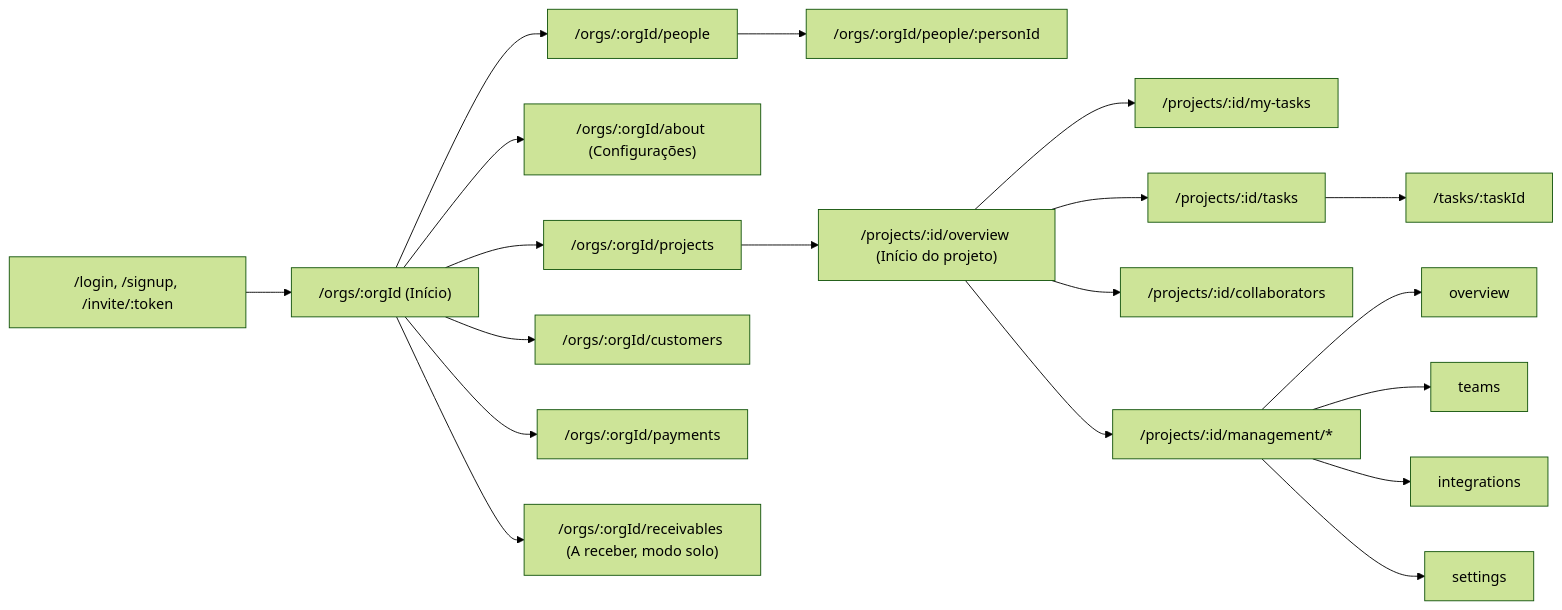
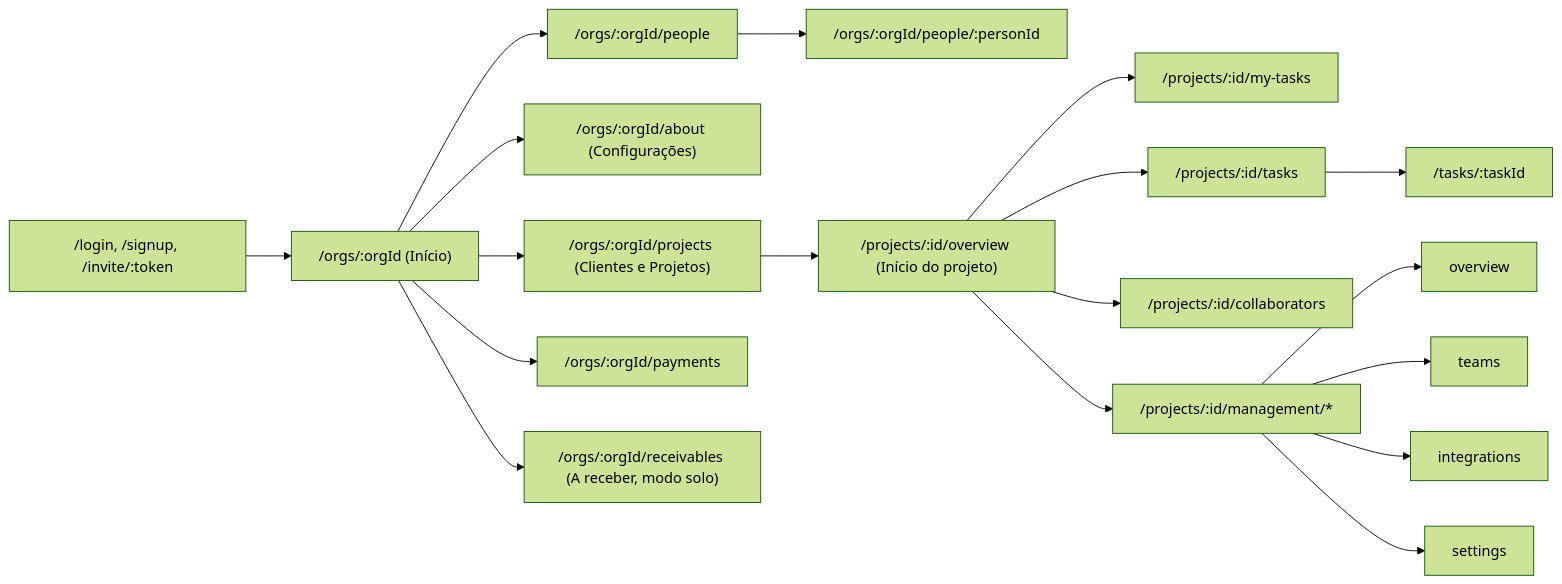
The diagram in _docs/frontend/routes.md (itallovidal/working-time-tracker), drawn with Mermaid (forest theme) before and after one commit. The commit also changed other lines of this file and 27 other files, not shown here.

First line of the commit message:
feat: one Customers & Projects page in place of Projects and Customers (Sprint 119)

````diff
--- a/_docs/frontend/routes.md
+++ b/_docs/frontend/routes.md
@@ -9,21 +9,20 @@
 ```mermaid
 flowchart LR
     login["/login, /signup, /invite/:token"] --> home["/orgs/:orgId (Início)"]
-    home --> projects["/orgs/:orgId/projects"]
+    home --> projects["/orgs/:orgId/projects (Clientes e Projetos)"]
     home --> about["/orgs/:orgId/about (Configurações)"]
     home --> people["/orgs/:orgId/people"]
-    home --> customers["/orgs/:orgId/customers"]
     home --> payments["/orgs/:orgId/payments"]
     home --> receivables["/orgs/:orgId/receivables (A receber, modo solo)"]
     people --> person["/orgs/:orgId/people/:personId"]
     projects --> pov["/projects/:id/overview (Início do projeto)"]
     pov --> mine["/projects/:id/my-tasks"]
     pov --> tasks["/projects/:id/tasks"]
     pov --> collab["/projects/:id/collaborators"]
     tasks --> task["/tasks/:taskId"]
     pov --> mgmt["/projects/:id/management/*"]
     mgmt --> mov["overview"]
     mgmt --> mteams["teams"]
     mgmt --> minteg["integrations"]
     mgmt --> mset["settings"]
 ```
````
